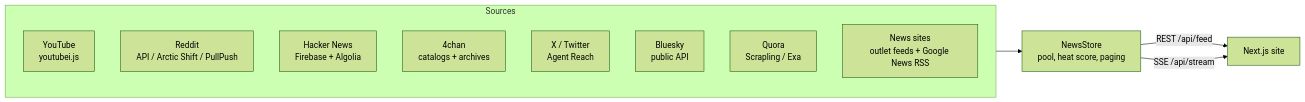
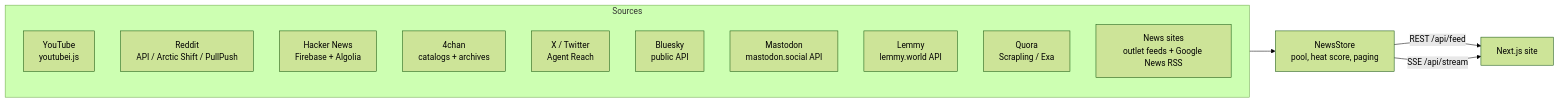
Before and after one commit to Anandadevnath/Active_News: the diagram in README.md, drawn with Mermaid (forest theme). The commit also changed other lines of this file and 46 other files, not shown here.

First line of the commit message:
feat: add Mastodon integration for trending posts and hashtag timelines

````diff
--- a/README.md
+++ b/README.md
@@ -90,16 +90,18 @@
 ```mermaid
 flowchart LR
   subgraph Sources
     YT[YouTube<br/>youtubei.js]
     RD[Reddit<br/>API / Arctic Shift / PullPush]
     HN[Hacker News<br/>Firebase + Algolia]
     FC[4chan<br/>catalogs + archives]
     TW[X / Twitter<br/>Agent Reach]
     BS[Bluesky<br/>public API]
+    MA[Mastodon<br/>mastodon.social API]
+    LE[Lemmy<br/>lemmy.world API]
     QU[Quora<br/>Scrapling / Exa]
     NW[News sites<br/>outlet feeds + Google News RSS]
   end
   Sources --> S[NewsStore<br/>pool, heat score, paging]
   S -- REST /api/feed --> W[Next.js site]
   S -- SSE /api/stream --> W
 ```
````
